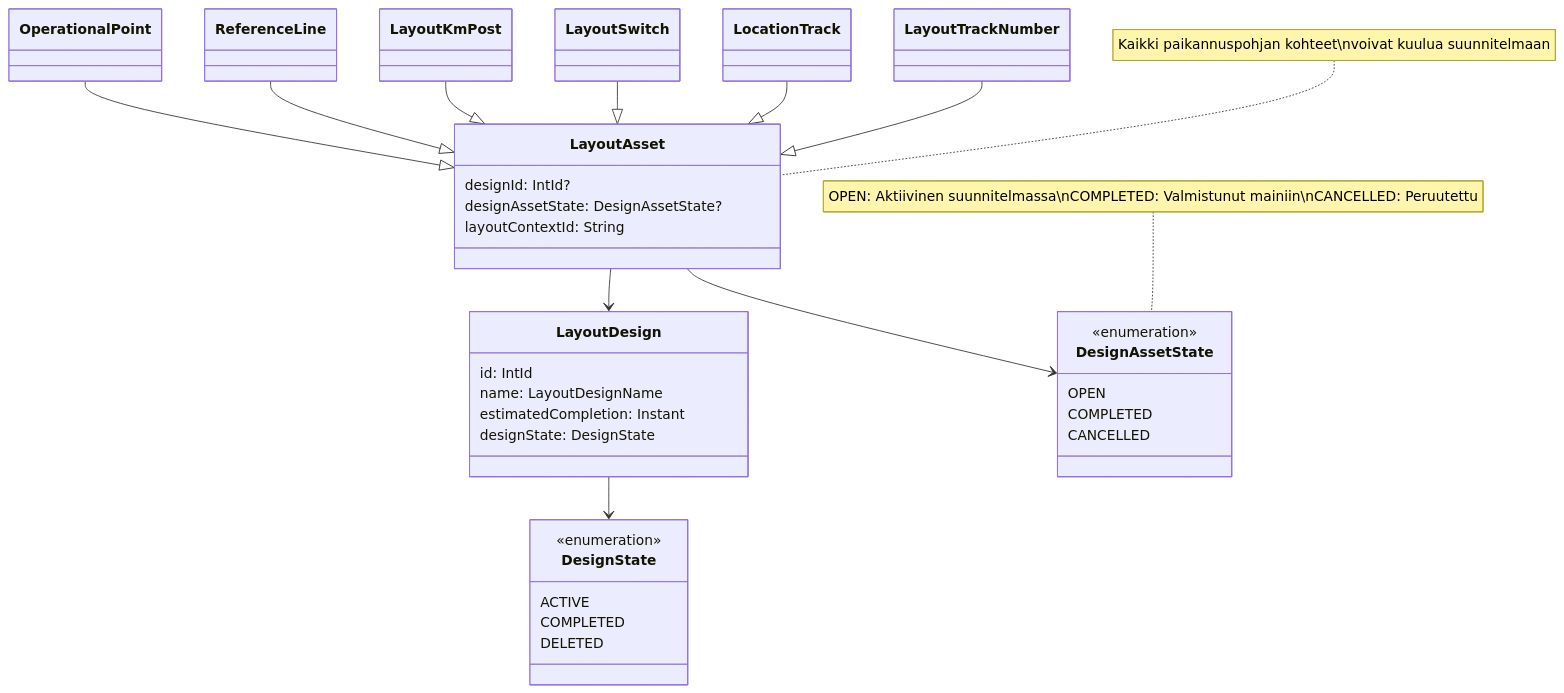
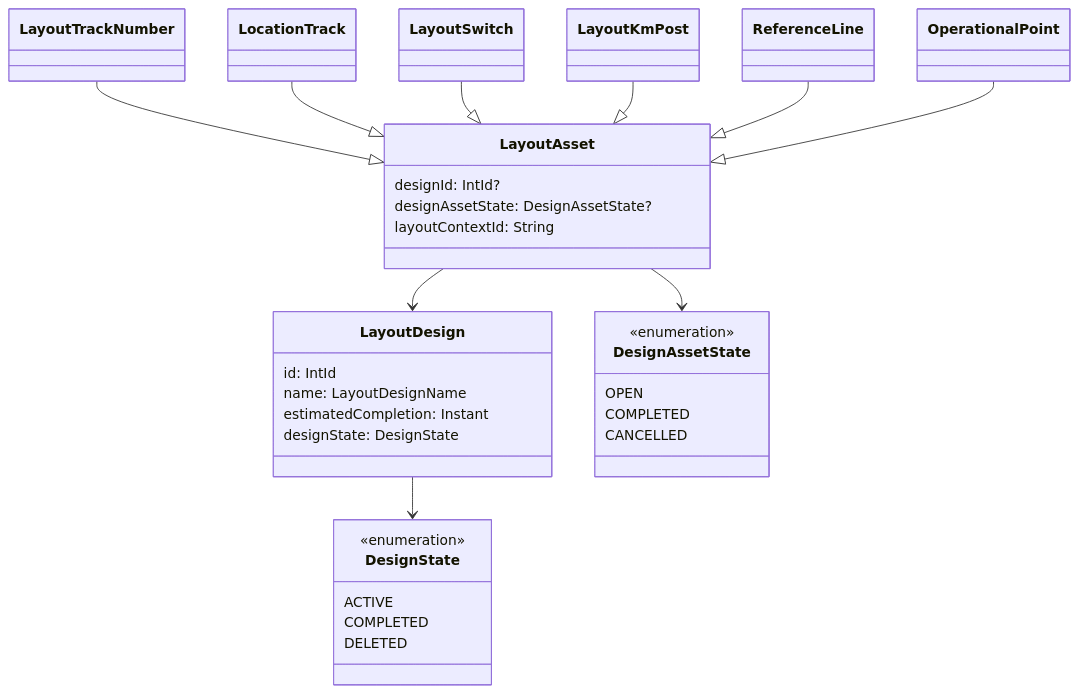
Before and after one commit to finnishtransportagency/geoviite: the third of 3 diagrams in doc/suunnitelmatila.md, drawn with Mermaid. The commit also changed other lines of this file, not shown here.

````diff
--- a/doc/suunnitelmatila.md
+++ b/doc/suunnitelmatila.md
@@ -123,50 +123,47 @@
 ```mermaid
 classDiagram
     class LayoutDesign {
         id: IntId
         name: LayoutDesignName
         estimatedCompletion: Instant
         designState: DesignState
     }
     
     class DesignState {
         <<enumeration>>
         ACTIVE
         COMPLETED
         DELETED
     }
     
     class DesignAssetState {
         <<enumeration>>
         OPEN
         COMPLETED
         CANCELLED
     }
     
     class LayoutAsset {
         designId: IntId?
         designAssetState: DesignAssetState?
         layoutContextId: String
     }
     
     class LayoutTrackNumber
     class LocationTrack
     class LayoutSwitch
     class LayoutKmPost
     class ReferenceLine
     class OperationalPoint
     
     LayoutDesign --> DesignState
     LayoutAsset --> DesignAssetState
     LayoutAsset --> LayoutDesign
     
     LayoutTrackNumber --|> LayoutAsset
     LocationTrack --|> LayoutAsset
     LayoutSwitch --|> LayoutAsset
     LayoutKmPost --|> LayoutAsset
     ReferenceLine --|> LayoutAsset
     OperationalPoint --|> LayoutAsset
-    
-    note for LayoutAsset "Kaikki paikannuspohjan kohteet\nvoivat kuulua suunnitelmaan"
-    note for DesignAssetState "OPEN: Aktiivinen suunnitelmassa\nCOMPLETED: Valmistunut mainiin\nCANCELLED: Peruutettu"
 ```
````
